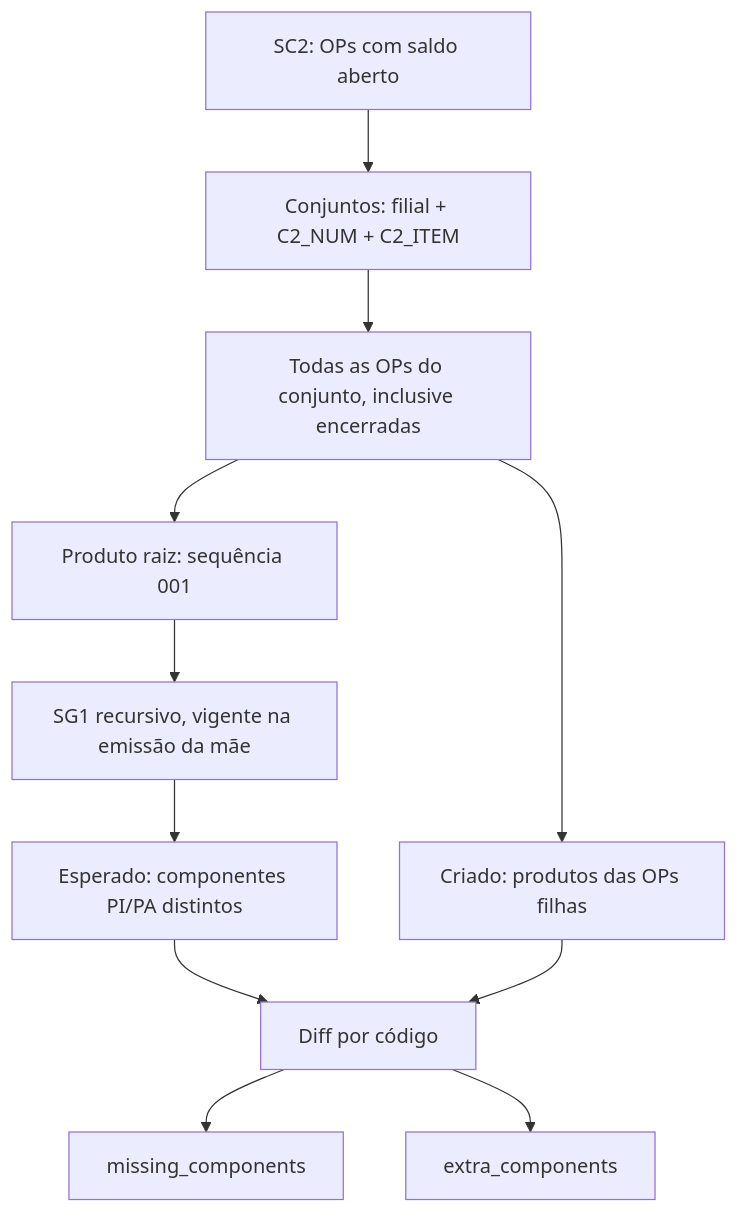
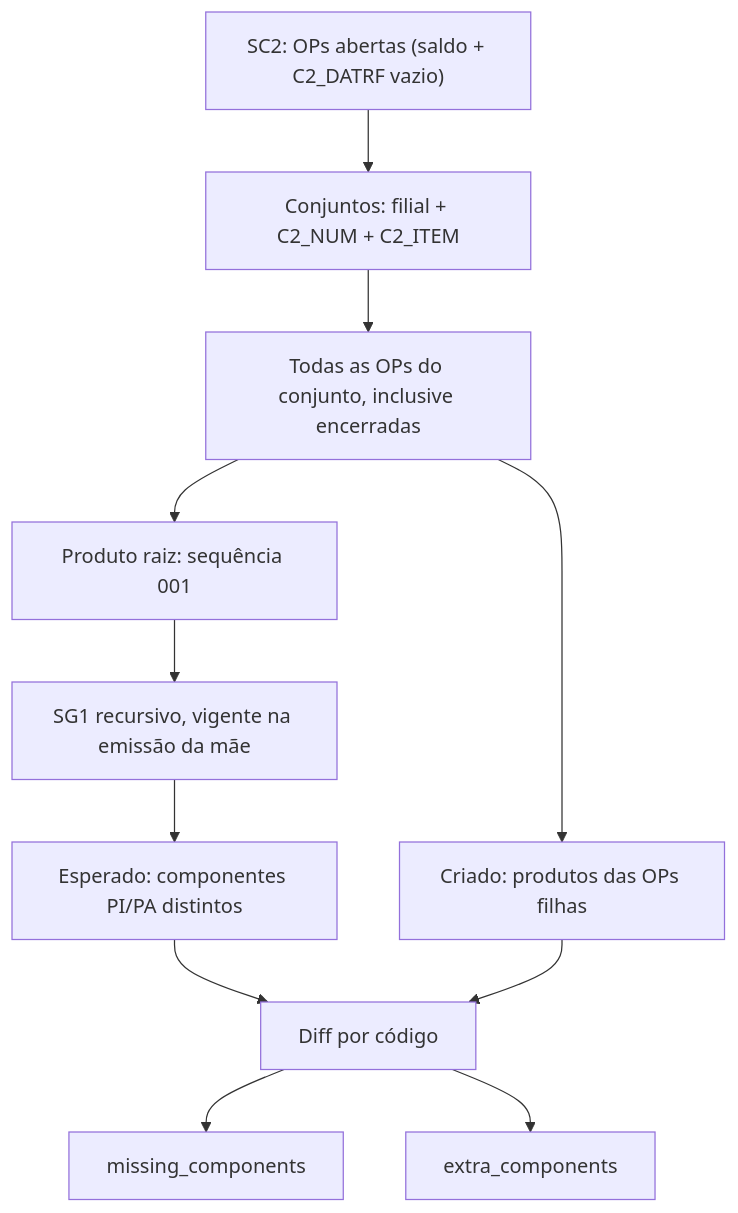
The diagram in api-delpi/docs/api/production-order-sets-incomplete.md (roberiooliveiradev/delpi-central), drawn with Mermaid before and after one commit. The commit also changed other lines of this file and 48 other files, not shown here.

````diff
--- a/api-delpi/docs/api/production-order-sets-incomplete.md
+++ b/api-delpi/docs/api/production-order-sets-incomplete.md
@@ -13,13 +13,13 @@
 ```mermaid
 flowchart TD
-  Open["SC2: OPs com saldo aberto"] --> Sets["Conjuntos: filial + C2_NUM + C2_ITEM"]
+  Open["SC2: OPs abertas (saldo + C2_DATRF vazio)"] --> Sets["Conjuntos: filial + C2_NUM + C2_ITEM"]
   Sets --> Orders["Todas as OPs do conjunto, inclusive encerradas"]
   Orders --> Root["Produto raiz: sequência 001"]
   Root --> Bom["SG1 recursivo, vigente na emissão da mãe"]
   Bom --> Expected["Esperado: componentes PI/PA distintos"]
   Orders --> Actual["Criado: produtos das OPs filhas"]
   Expected --> Diff["Diff por código"]
   Actual --> Diff
   Diff --> Missing["missing_components"]
   Diff --> Extra["extra_components"]
 ```
````
